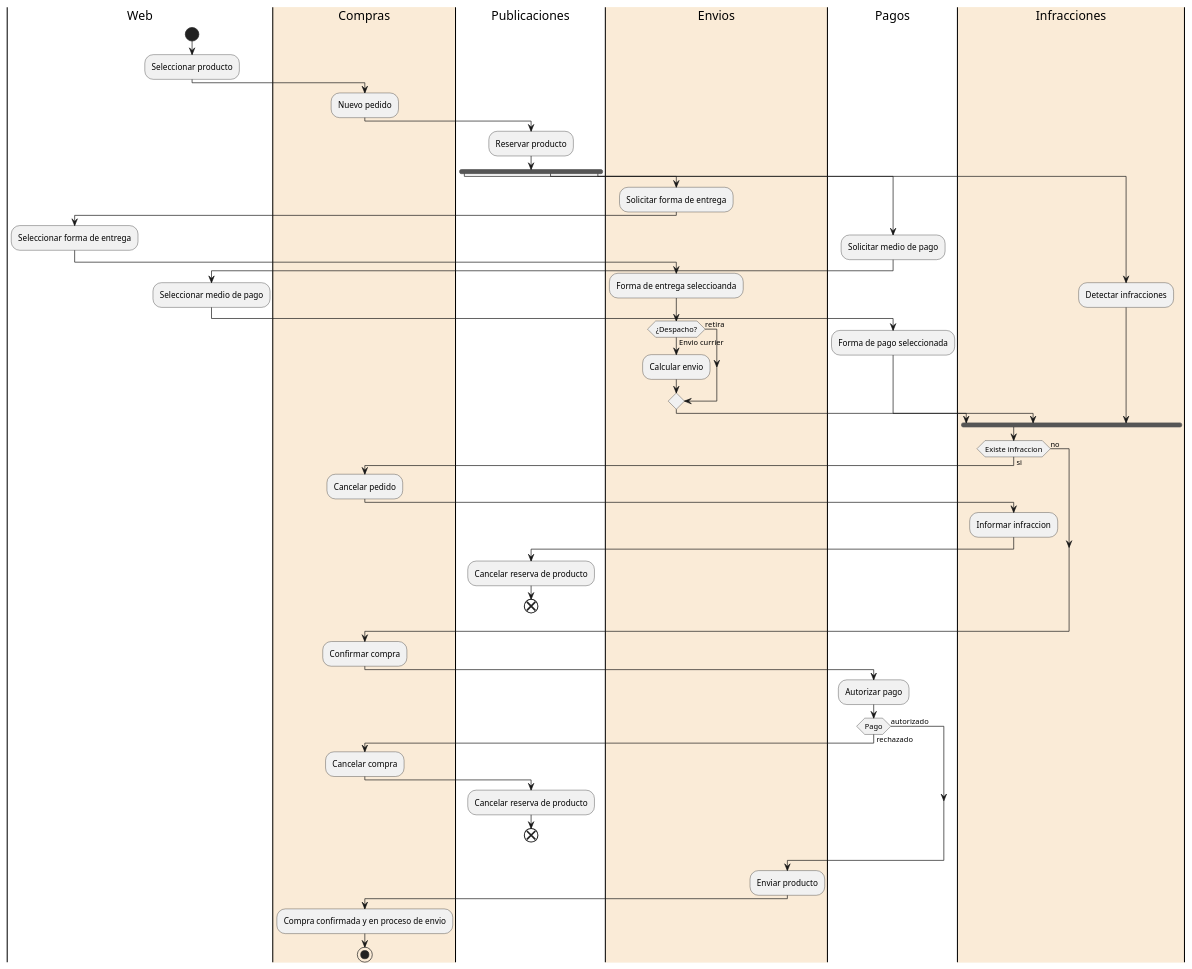
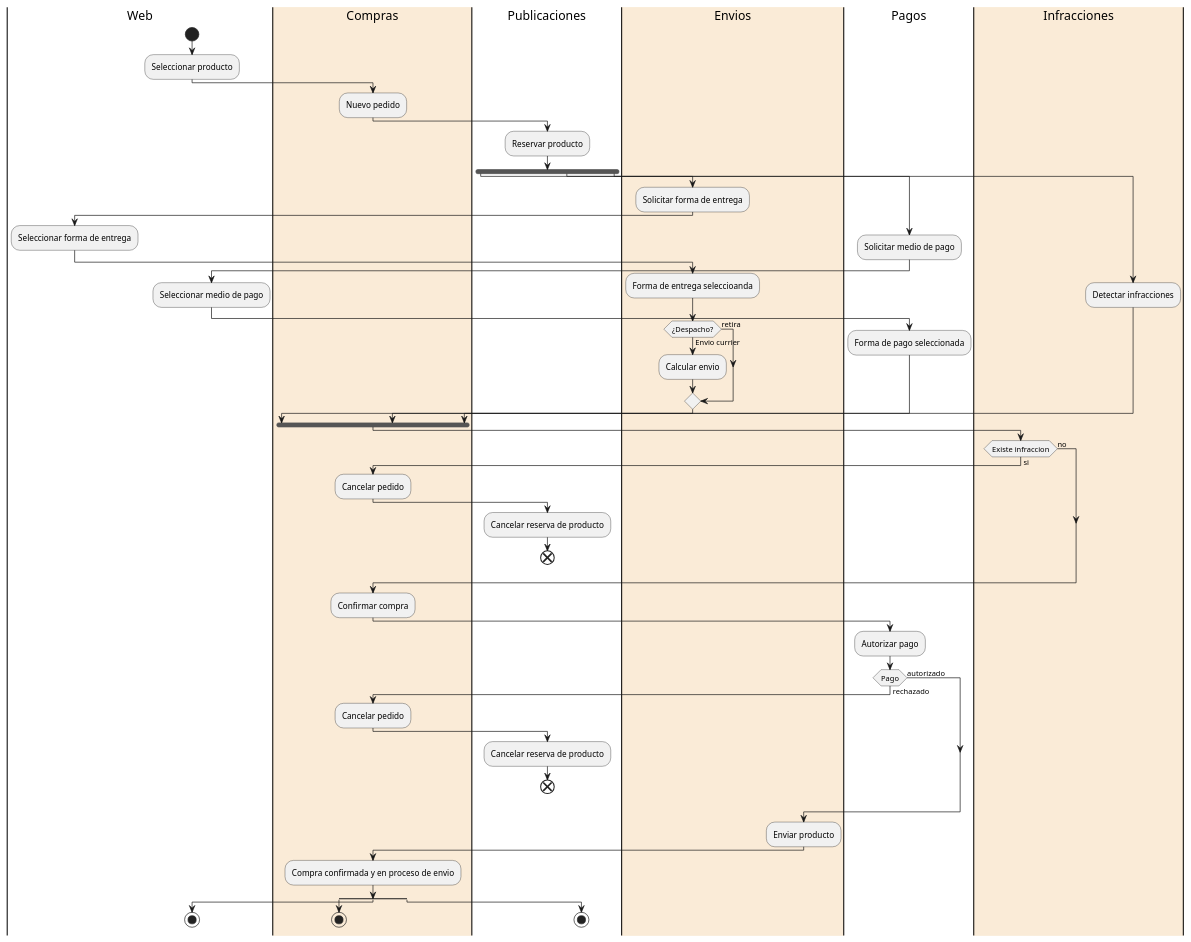
One commit to Ramiro1414/livre-markket changed the diagram in diagramas_de_actividades/workflow-livre-markket-servicios-paralelos-independientes.puml. Above: the diagram before and after it, drawn with PlantUML. The commit also changed 1 other file, not shown here.

Commit message:
cambios en el diagrama de actividades de la cuarta evolucion

```diff
--- a/diagramas_de_actividades/workflow-livre-markket-servicios-paralelos-independientes.puml
+++ b/diagramas_de_actividades/workflow-livre-markket-servicios-paralelos-independientes.puml
@@ -1,60 +1,68 @@
 @startuml
 
 |Web|
 start
 :Seleccionar producto;
 |#AntiqueWhite|Compras|
 :Nuevo pedido;
 |Publicaciones|
 :Reservar producto;
 fork
   |#AntiqueWhite|Envios|
   :Solicitar forma de entrega;
   |Web|
   :Seleccionar forma de entrega;
   |Envios|
   :Forma de entrega seleccioanda;
   if (¿Despacho?) then (Envio currier)
       :Calcular envio;
   else (retira)
   endif
 fork again
   |Pagos|
   :Solicitar medio de pago;
   |Web|
   :Seleccionar medio de pago;
   |Pagos|
   :Forma de pago seleccionada;
 fork again
   |#AntiqueWhite|Infracciones|
   :Detectar infracciones;
+  |Compras|
 end fork
 |Infracciones|
 if (Existe infraccion) then (si)
     |Compras|
     :Cancelar pedido;
-    |Infracciones|
-    :Informar infraccion;
     |Publicaciones|
     :Cancelar reserva de producto;
     end
 else (no)
 endif
 |Compras|
 :Confirmar compra;
 |Pagos|
 :Autorizar pago;
 if (Pago) then (rechazado)
     |Compras|
-    :Cancelar compra;
+    :Cancelar pedido;
     |Publicaciones|
     :Cancelar reserva de producto;
     end
 else (autorizado)
 endif
 |Envios|
 :Enviar producto;
 |Compras|
 :Compra confirmada y en proceso de envio;
-stop
+split
+  |Compras|
+  stop
+split again
+  |Web|
+  stop
+split again
+  |Publicaciones|
+  stop
+endsplit
 @enduml
```
